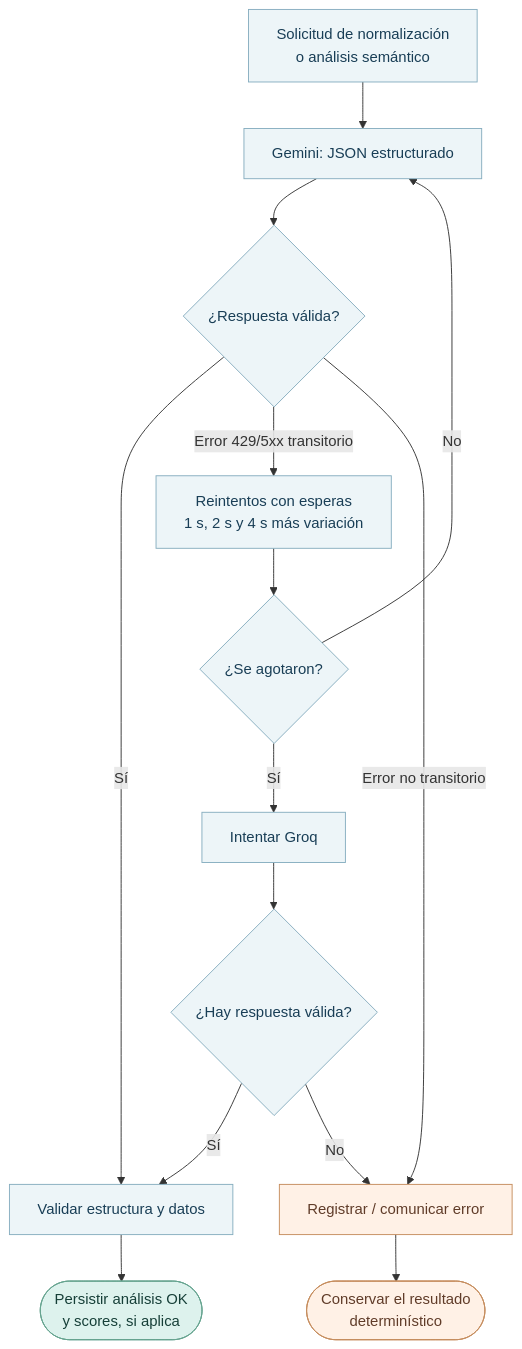
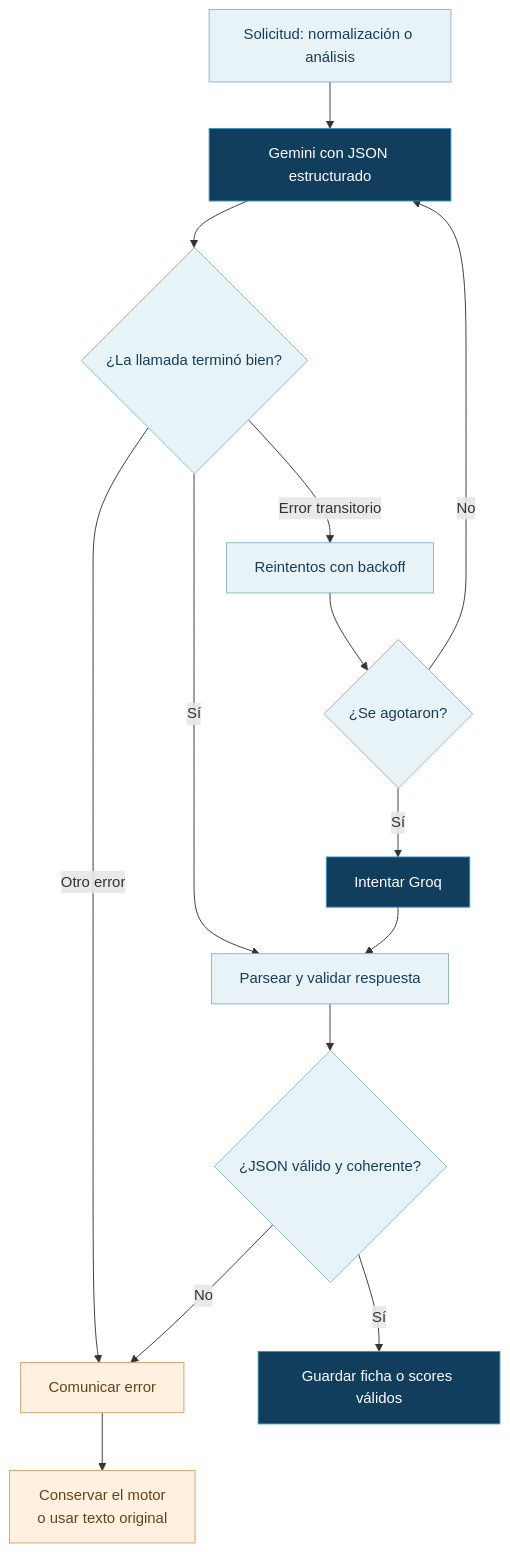
Before and after one commit to NicoCG32/Espejo-Homologa: the diagram in docs/tecnica/04-ia-y-normalizacion.md, drawn with Mermaid. The commit also changed other lines of this file and 21 other files, not shown here.

````diff
--- a/docs/tecnica/04-ia-y-normalizacion.md
+++ b/docs/tecnica/04-ia-y-normalizacion.md
@@ -19,22 +19,22 @@
 ```mermaid
 flowchart TD
-  A[Solicitud de normalización<br/>o análisis semántico] --> B[Gemini: JSON estructurado]
-  B --> C{¿Respuesta válida?}
-  C -->|Sí| V[Validar estructura y datos]
-  C -->|Error 429/5xx transitorio| R[Reintentos con esperas<br/>1 s, 2 s y 4 s más variación]
-  R --> T{¿Se agotaron?}
-  T -->|No| B
-  T -->|Sí| G[Intentar Groq]
-  C -->|Error no transitorio| X[Registrar / comunicar error]
-  G --> H{¿Hay respuesta válida?}
-  H -->|Sí| V
-  H -->|No| X
-  V --> I([Persistir análisis OK<br/>y scores, si aplica])
-  X --> J([Conservar el resultado<br/>determinístico])
-  classDef cool fill:#EDF5F8,stroke:#86ADBF,color:#193E56;
-  classDef good fill:#DDF2ED,stroke:#65A38F,color:#163F38;
-  classDef warn fill:#FFF1E6,stroke:#C58C5D,color:#603C29;
-  class A,B,C,R,T,G,H,V cool;
-  class I good;
-  class X,J warn;
+  A["Solicitud: normalización o análisis"] --> G["Gemini con JSON estructurado"]
+  G --> T{"¿La llamada terminó bien?"}
+  T -->|Sí| V["Parsear y validar respuesta"]
+  T -->|Error transitorio| R["Reintentos con backoff"]
+  R --> E{"¿Se agotaron?"}
+  E -->|No| G
+  E -->|Sí| Q["Intentar Groq"]
+  T -->|Otro error| F["Comunicar error"]
+  Q --> V
+  V --> K{"¿JSON válido y coherente?"}
+  K -->|Sí| OK["Guardar ficha o scores válidos"]
+  K -->|No| F
+  F --> NO["Conservar el motor<br/>o usar texto original"]
+  classDef dark fill:#123E5E,stroke:#369AC0,color:#FFFFFF;
+  classDef light fill:#E8F3F7,stroke:#8CB4C3,color:#183E56;
+  classDef alert fill:#FFF0DF,stroke:#D09F68,color:#64431B;
+  class G,Q,OK dark;
+  class A,T,R,E,V,K light;
+  class F,NO alert;
 ```
````
